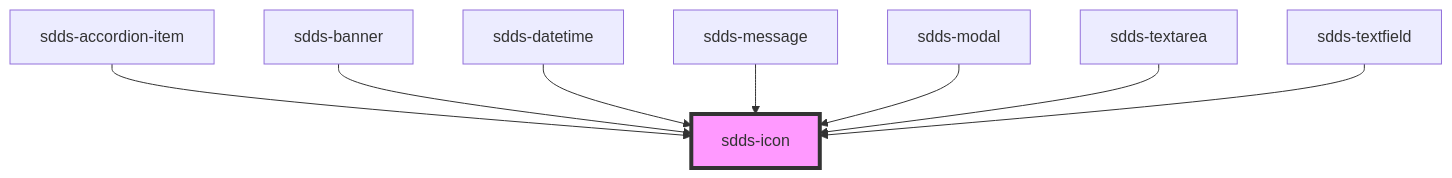
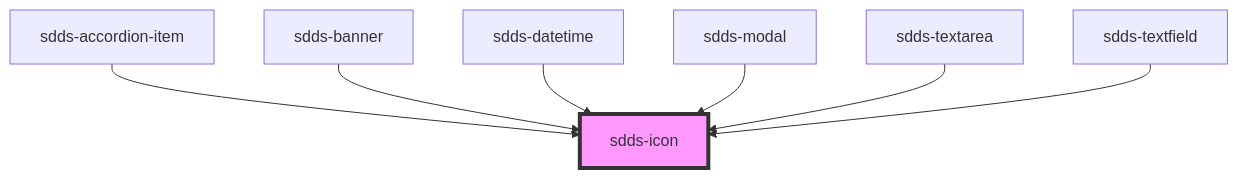
One commit to scania-digital-design-system/sdds changed the diagram in tegel/src/components/icon/readme.md. Above: the diagram before and after it, drawn with Mermaid. The commit also changed other lines of this file and 2 other files, not shown here.

Commit message:
fix(button): Re-structure deprecated controls

````diff
--- a/tegel/src/components/icon/readme.md
+++ b/tegel/src/components/icon/readme.md
@@ -27,11 +26,10 @@
 ```mermaid
 graph TD;
   sdds-accordion-item --> sdds-icon
   sdds-banner --> sdds-icon
   sdds-datetime --> sdds-icon
-  sdds-message --> sdds-icon
   sdds-modal --> sdds-icon
   sdds-textarea --> sdds-icon
   sdds-textfield --> sdds-icon
   style sdds-icon fill:#f9f,stroke:#333,stroke-width:4px
 ```
````
